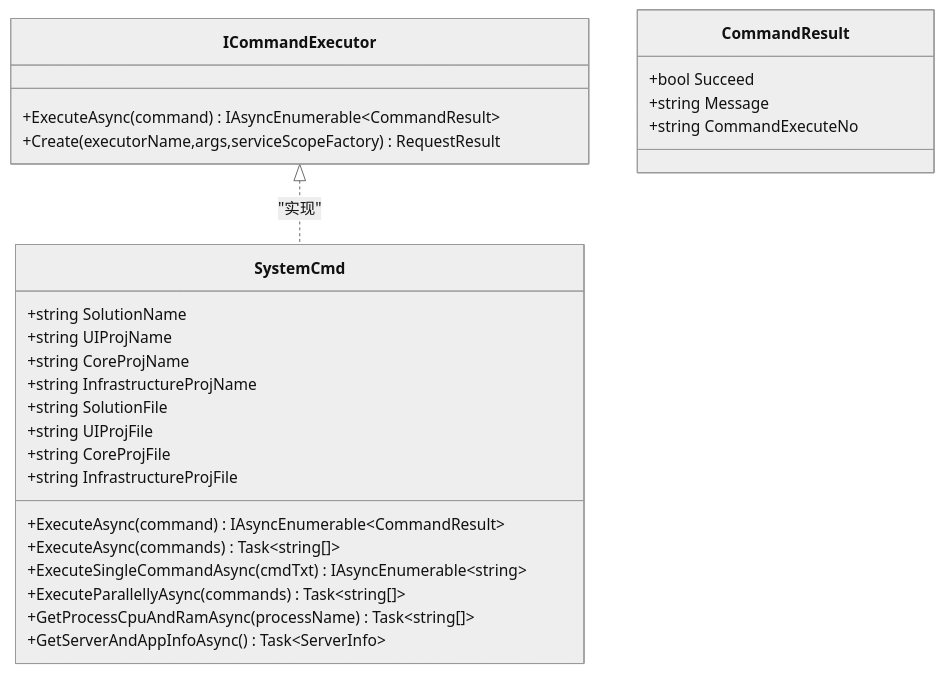
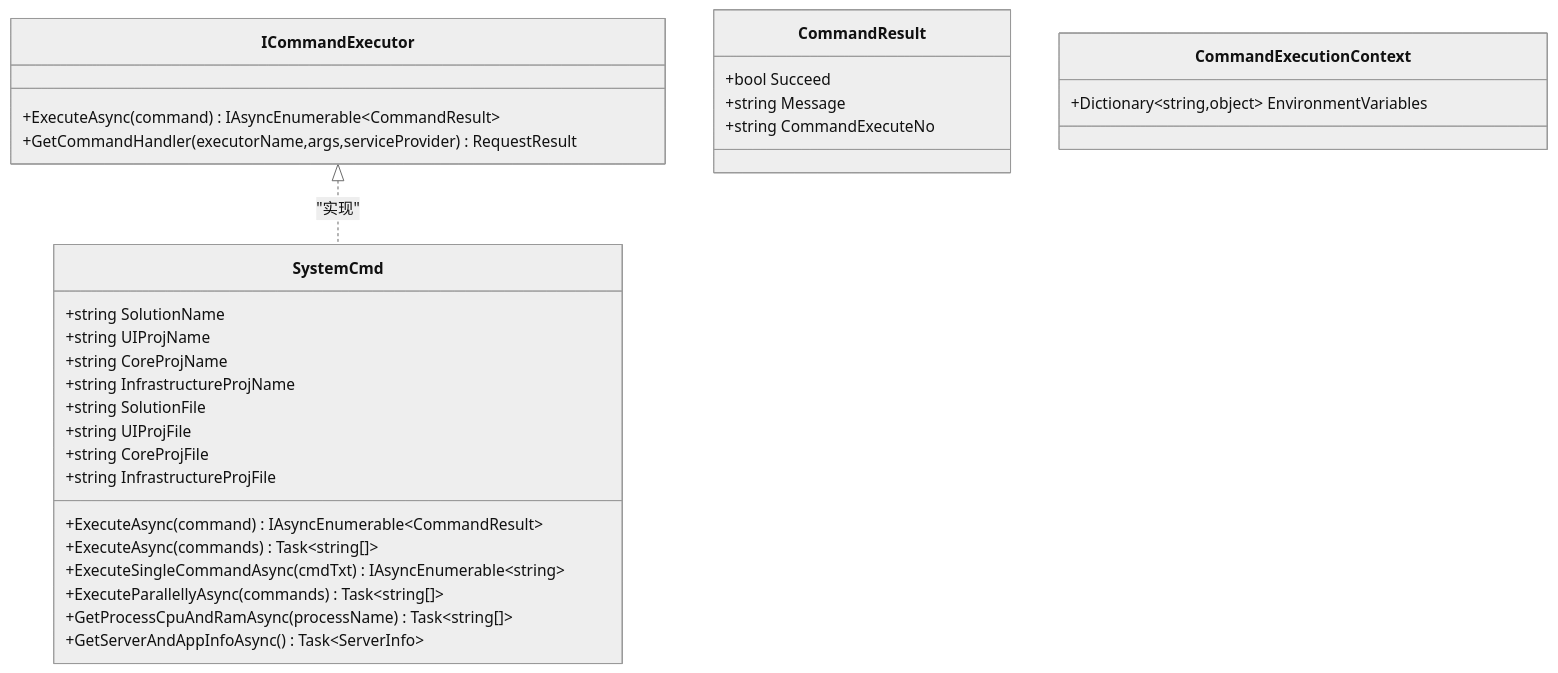
One commit to Sosososolong/AirGo changed the third of 6 diagrams in .qoder/repowiki/zh/content/项目概述/核心特性/工具库系统/系统命令执行器.md. Above: the diagram before and after it, drawn with Mermaid (neutral theme). The commit also changed other lines of this file and 6 other files, not shown here.

````diff
--- a/.qoder/repowiki/zh/content/项目概述/核心特性/工具库系统/系统命令执行器.md
+++ b/.qoder/repowiki/zh/content/项目概述/核心特性/工具库系统/系统命令执行器.md
@@ -138,29 +164,32 @@
 ```mermaid
 classDiagram
 class SystemCmd {
 +string SolutionName
 +string UIProjName
 +string CoreProjName
 +string InfrastructureProjName
 +string SolutionFile
 +string UIProjFile
 +string CoreProjFile
 +string InfrastructureProjFile
 +ExecuteAsync(command) IAsyncEnumerable~CommandResult~
 +ExecuteAsync(commands) Task~string[]~
 +ExecuteSingleCommandAsync(cmdTxt) IAsyncEnumerable~string~
 +ExecuteParallellyAsync(commands) Task~string[]~
 +GetProcessCpuAndRamAsync(processName) Task~string[]~
 +GetServerAndAppInfoAsync() Task~ServerInfo~
 }
 class ICommandExecutor {
 +ExecuteAsync(command) IAsyncEnumerable~CommandResult~
-+Create(executorName,args,serviceScopeFactory) RequestResult
++GetCommandHandler(executorName,args,serviceProvider) RequestResult
 }
 class CommandResult {
 +bool Succeed
 +string Message
 +string CommandExecuteNo
 }
+class CommandExecutionContext {
++Dictionary~string,object~ EnvironmentVariables
+}
 ICommandExecutor <|.. SystemCmd : "实现"
 ```
````
